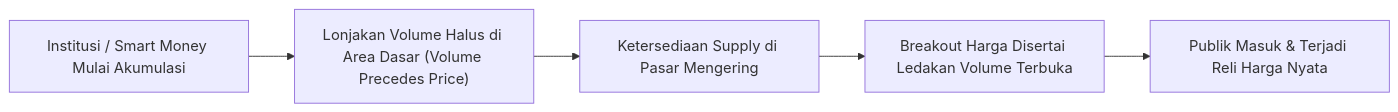
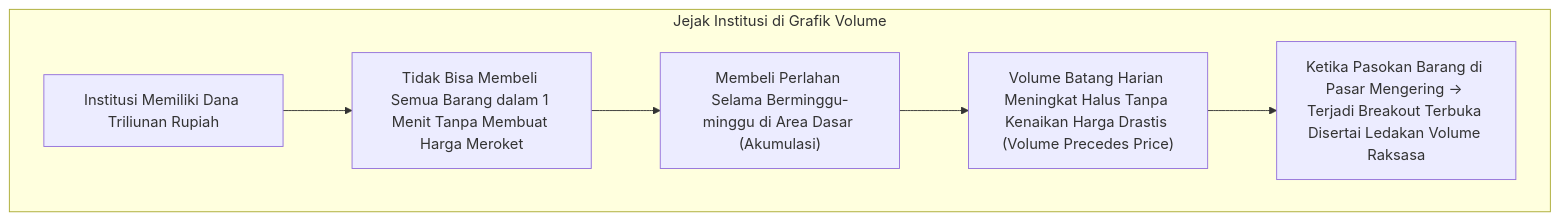
The first of 5 diagrams in docs/edianto-ong/18-volume.md (AlulCode45/Trading-Learning-Path), drawn with Mermaid before and after one commit. The commit also changed other lines of this file and 29 other files, not shown here.

Commit message:
docs(edianto-ong): upgrade all 29 chapters with beginner analogies, diagrams, step-by-step guides, and case studies

````diff
--- a/docs/edianto-ong/18-volume.md
+++ b/docs/edianto-ong/18-volume.md
@@ -18,7 +19,9 @@
 ```mermaid
-flowchart LR
-    A["Institusi / Smart Money Mulai Akumulasi"] --> B["Lonjakan Volume Halus di Area Dasar (Volume Precedes Price)"]
-    B --> C["Ketersediaan Supply di Pasar Mengering"]
-    C --> D["Breakout Harga Disertai Ledakan Volume Terbuka"]
-    D --> E["Publik Masuk & Terjadi Reli Harga Nyata"]
+flowchart TD
+    subgraph InstitusiFlow["Jejak Institusi di Grafik Volume"]
+        D1["Institusi Memiliki Dana Triliunan Rupiah"] --> D2["Tidak Bisa Membeli Semua Barang dalam 1 Menit Tanpa Membuat Harga Meroket"]
+        D2 --> D3["Membeli Perlahan Selama Berminggu-minggu di Area Dasar (Akumulasi)"]
+        D3 --> D4["Volume Batang Harian Meningkat Halus Tanpa Kenaikan Harga Drastis (Volume Precedes Price)"]
+        D4 --> D5["Ketika Pasokan Barang di Pasar Mengering -> Terjadi Breakout Terbuka Disertai Ledakan Volume Raksasa"]
+    end
 ```
````
